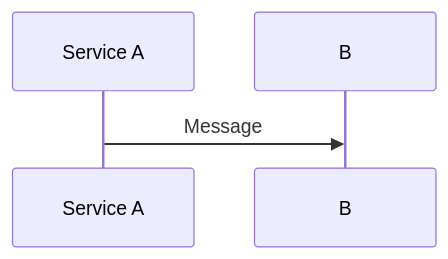
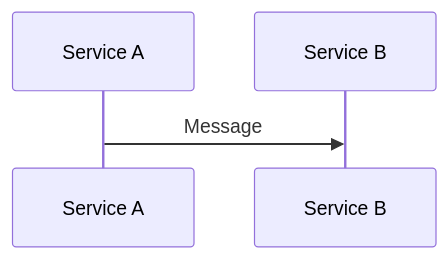
One commit to D1ZZY4/agent-skills changed diagram 17 of 20 in mermaid-diagrams-expert/references/sequence-diagrams.md. Above: the diagram before and after it, drawn with Mermaid. The commit also changed 4 other files, not shown here.

First line of the commit message:
docs(mermaid): improve diagram portability checks

````diff
--- a/mermaid-diagrams-expert/references/sequence-diagrams.md
+++ b/mermaid-diagrams-expert/references/sequence-diagrams.md
@@ -211,8 +211,9 @@
 ```mermaid
 sequenceDiagram
     participant A as Service A
+    participant B as Service B
     link A: Dashboard @ https://dashboard.example.com
     link A: API Docs @ https://docs.example.com
     
     A->>B: Message
 ```
````
